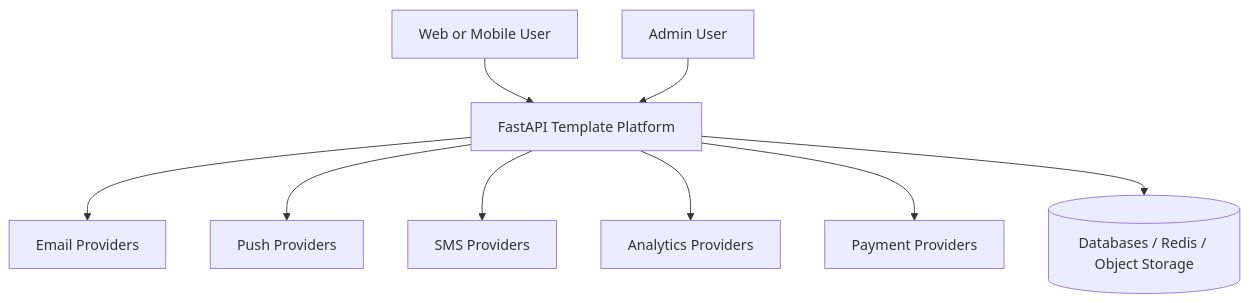
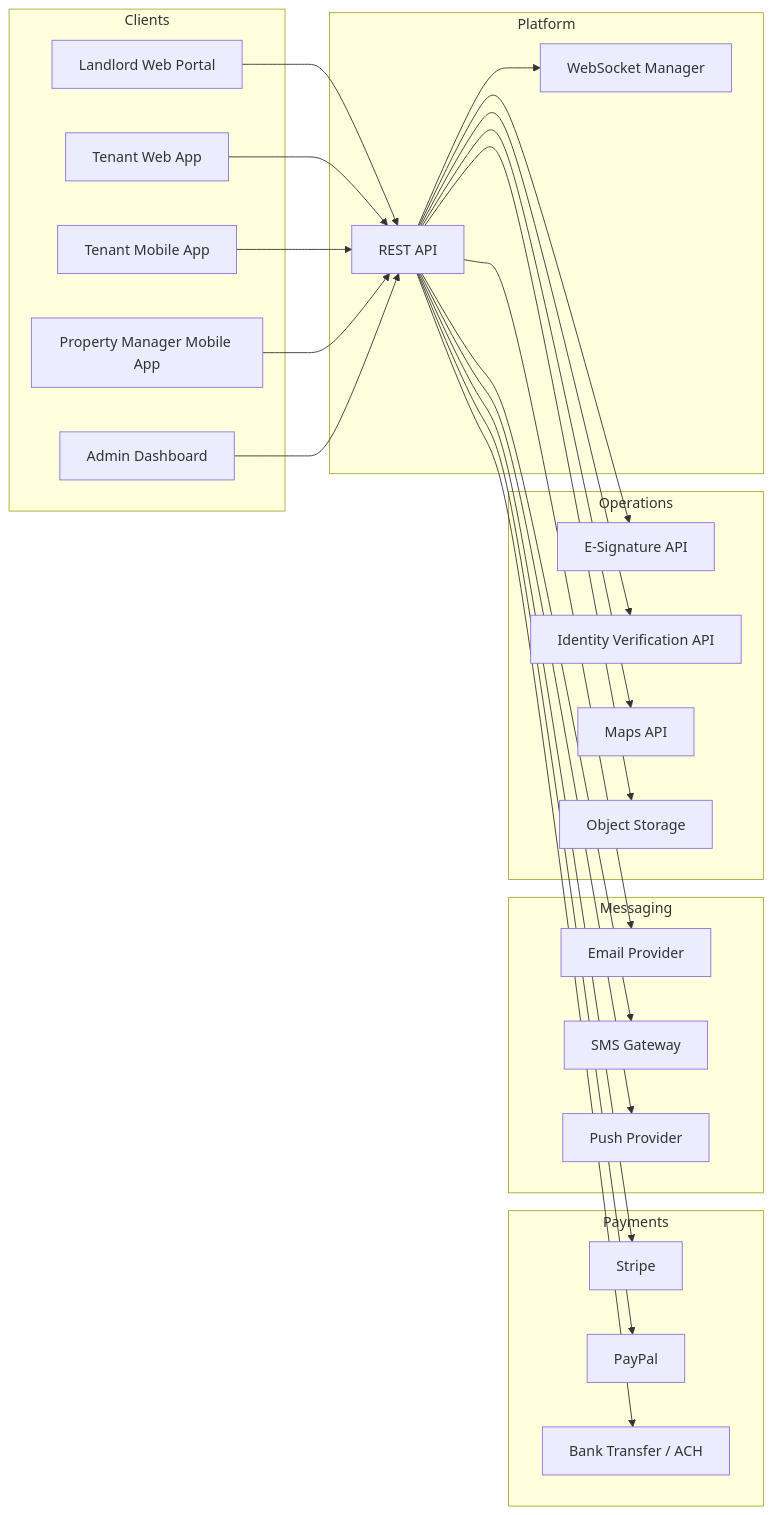
Before and after one commit to 0Ankit0/meroghar: the second of 3 diagrams in docs/analysis/system-context-diagram.md, drawn with Mermaid. The commit also changed other lines of this file and 4 other files, not shown here.

````diff
--- a/docs/analysis/system-context-diagram.md
+++ b/docs/analysis/system-context-diagram.md
@@ -3,21 +55,52 @@
 ```mermaid
-flowchart TB
-  User[Web or Mobile User]
-  Admin[Admin User]
-  Template[FastAPI Template Platform]
-  Email[Email Providers]
-  Push[Push Providers]
-  SMS[SMS Providers]
-  Analytics[Analytics Providers]
-  Payments[Payment Providers]
-  Infra[(Databases / Redis / Object Storage)]
+graph LR
+    subgraph Clients
+        OwnerWeb[Landlord Web Portal]
+        CustomerWeb[Tenant Web App]
+        CustomerMobile[Tenant Mobile App]
+        StaffApp[Property Manager Mobile App]
+        AdminUI[Admin Dashboard]
+    end
 
-  User --> Template
-  Admin --> Template
-  Template --> Email
-  Template --> Push
-  Template --> SMS
-  Template --> Analytics
-  Template --> Payments
-  Template --> Infra
+    subgraph Platform
+        API[REST API]
+        WS[WebSocket Manager]
+    end
+
+    subgraph Payments
+        Stripe[Stripe]
+        PayPal[PayPal]
+        Bank[Bank Transfer / ACH]
+    end
+
+    subgraph Messaging
+        Email[Email Provider]
+        SMS[SMS Gateway]
+        Push[Push Provider]
+    end
+
+    subgraph Operations
+        ESign[E-Signature API]
+        ID[Identity Verification API]
+        Maps[Maps API]
+        Storage[Object Storage]
+    end
+
+    OwnerWeb --> API
+    CustomerWeb --> API
+    CustomerMobile --> API
+    StaffApp --> API
+    AdminUI --> API
+
+    API --> WS
+    API --> Stripe
+    API --> PayPal
+    API --> Bank
+    API --> Email
+    API --> SMS
+    API --> Push
+    API --> ESign
+    API --> ID
+    API --> Maps
+    API --> Storage
 ```
````
